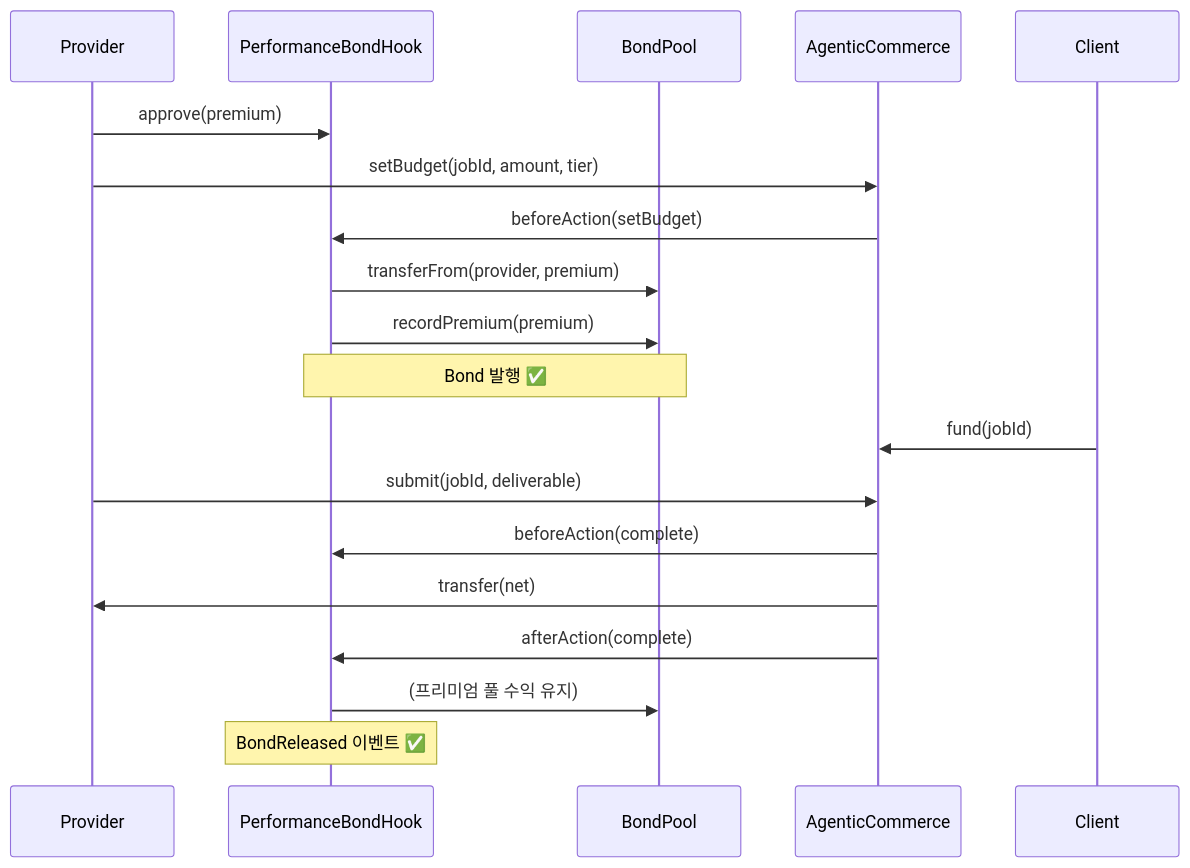
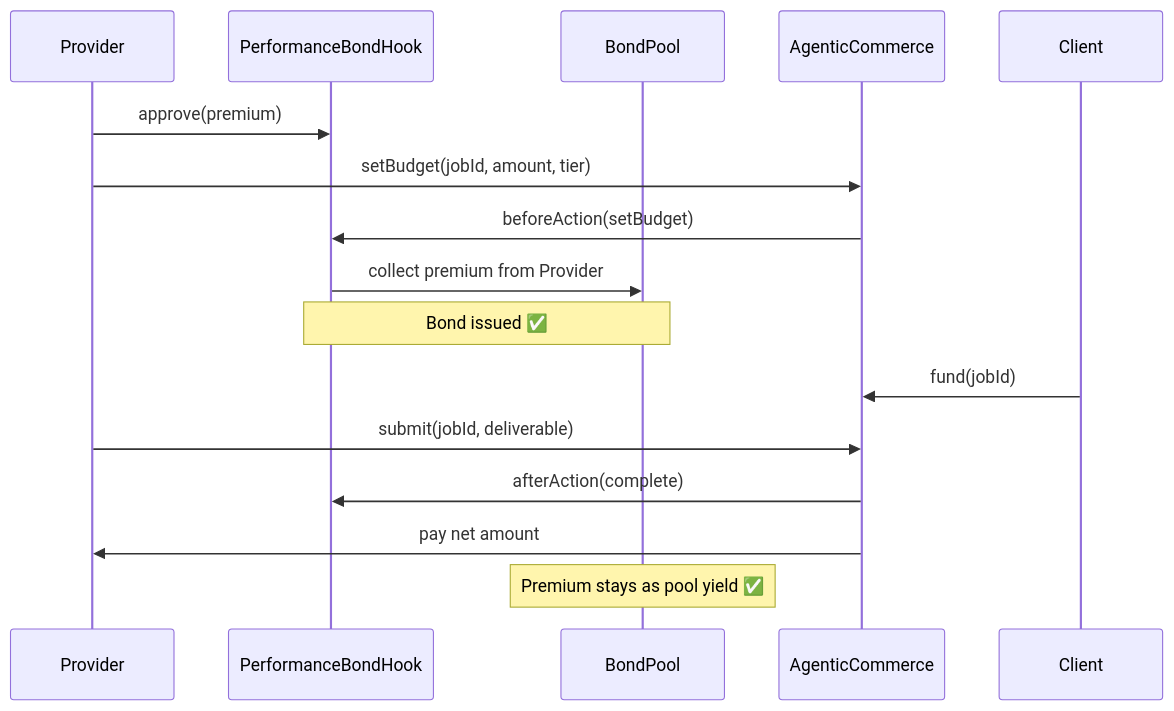
The second of 5 diagrams in README.md (oxyuns/agent-insurance), drawn with Mermaid before and after one commit. The commit also changed other lines of this file, not shown here.

````diff
--- a/README.md
+++ b/README.md
@@ -65,23 +71,20 @@
 ```mermaid
 sequenceDiagram
     participant P as Provider
     participant Hook as PerformanceBondHook
     participant Pool as BondPool
     participant ACP as AgenticCommerce
     participant C as Client
 
     P->>Hook: approve(premium)
     P->>ACP: setBudget(jobId, amount, tier)
     ACP->>Hook: beforeAction(setBudget)
-    Hook->>Pool: transferFrom(provider, premium)
-    Hook->>Pool: recordPremium(premium)
-    Note over Hook,Pool: Bond 발행 ✅
+    Hook->>Pool: collect premium from Provider
+    Note over Hook,Pool: Bond issued ✅
 
     C->>ACP: fund(jobId)
     P->>ACP: submit(jobId, deliverable)
-    ACP->>Hook: beforeAction(complete)
-    ACP->>P: transfer(net)
     ACP->>Hook: afterAction(complete)
-    Hook->>Pool: (프리미엄 풀 수익 유지)
-    Note over Hook: BondReleased 이벤트 ✅
+    ACP->>P: pay net amount
+    Note over Pool: Premium stays as pool yield ✅
 ```
````
